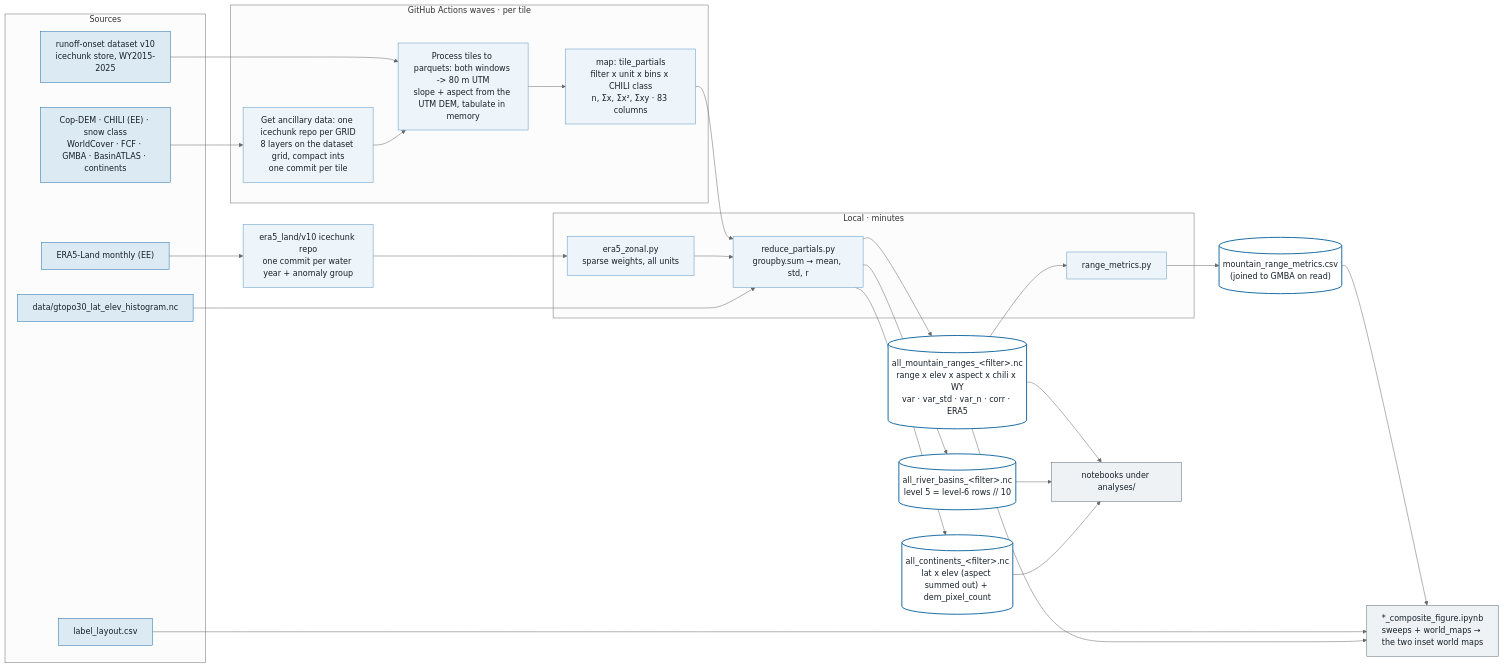
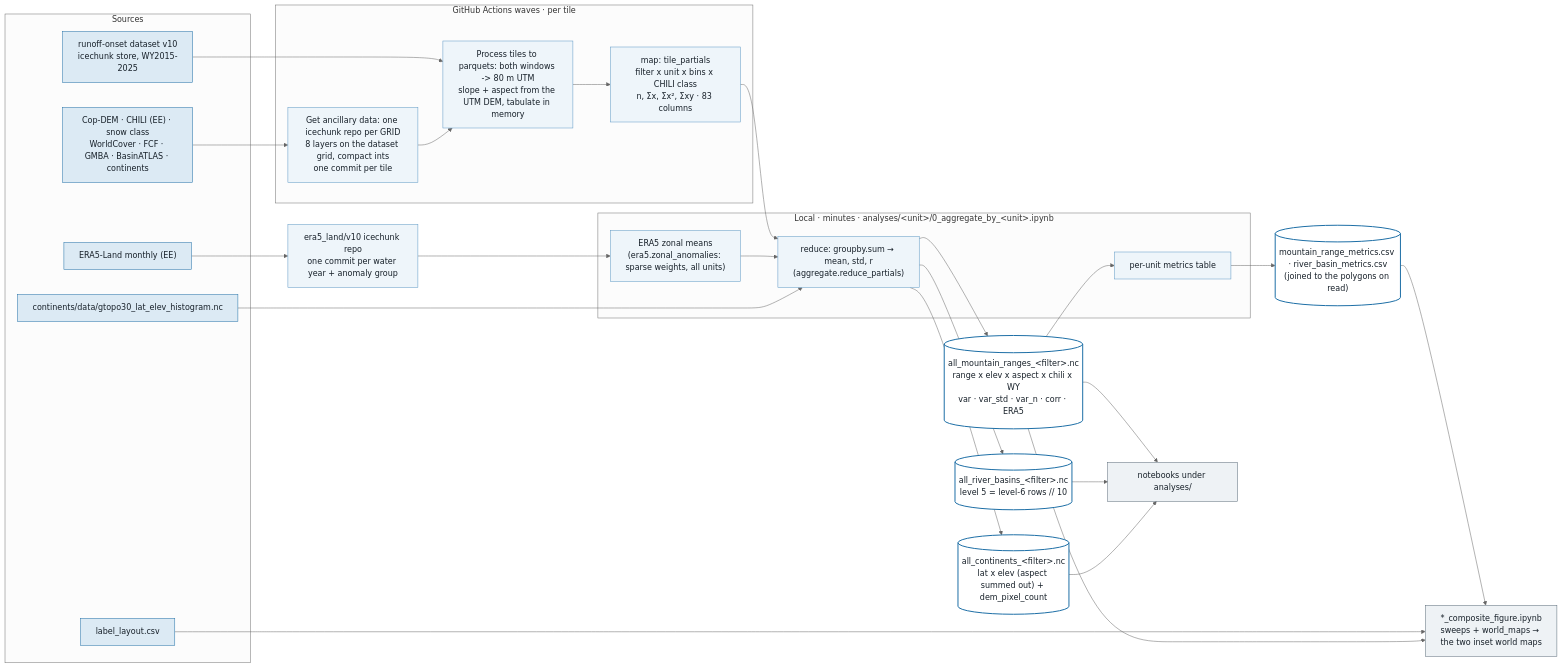
One commit to egagli/global_snowmelt_runoff_onset_analysis changed the second of 2 diagrams in docs/aggregation_lineage.md. Above: the diagram before and after it, drawn with Mermaid (neutral theme). The commit also changed other lines of this file and 89 other files, not shown here.

````diff
--- a/docs/aggregation_lineage.md
+++ b/docs/aggregation_lineage.md
@@ -56,40 +60,40 @@
 ```mermaid
 flowchart LR
   classDef src fill:#DCEAF4,stroke:#1E6FA6,color:#172029
   classDef mid fill:#EEF5FA,stroke:#5C97C4,color:#172029
   classDef out fill:#FFFFFF,stroke:#1E6FA6,color:#172029,stroke-width:2px
   classDef use fill:#EEF2F5,stroke:#5A6B78,color:#172029
   subgraph S["Sources"]
     ds["runoff-onset dataset v10<br/>icechunk store, WY2015-2025"]:::src
     anc["Cop-DEM · CHILI (EE) · snow class<br/>WorldCover · FCF · GMBA · BasinATLAS · continents"]:::src
     era["ERA5-Land monthly (EE)"]:::src
-    gt["data/gtopo30_lat_elev_histogram.nc"]:::src
+    gt["continents/data/gtopo30_lat_elev_histogram.nc"]:::src
     lay["label_layout.csv"]:::src
   end
   subgraph F["GitHub Actions waves · per tile"]
     a0["Get ancillary data: one icechunk repo per GRID<br/>8 layers on the dataset grid, compact ints<br/>one commit per tile"]:::mid
     a1["Process tiles to parquets: both windows -> 80 m UTM<br/>slope + aspect from the UTM DEM, tabulate in memory"]:::mid
     m["map: tile_partials<br/>filter x unit x bins x CHILI class<br/>n, Σx, Σx², Σxy · 83 columns"]:::mid
   end
-  subgraph L["Local · minutes"]
-    r["reduce_partials.py<br/>groupby.sum → mean, std, r"]:::mid
-    z["era5_zonal.py<br/>sparse weights, all units"]:::mid
-    k["range_metrics.py"]:::mid
+  subgraph L["Local · minutes · analyses/&lt;unit&gt;/0_aggregate_by_&lt;unit&gt;.ipynb"]
+    r["reduce: groupby.sum → mean, std, r<br/>(aggregate.reduce_partials)"]:::mid
+    z["ERA5 zonal means<br/>(era5.zonal_anomalies: sparse weights, all units)"]:::mid
+    k["per-unit metrics table"]:::mid
   end
   e1["era5_land/v10 icechunk repo<br/>one commit per water year + anomaly group"]:::mid
   cube[("all_mountain_ranges_&lt;filter&gt;.nc<br/>range x elev x aspect x chili x WY<br/>var · var_std · var_n · corr · ERA5")]:::out
   cubeb[("all_river_basins_&lt;filter&gt;.nc<br/>level 5 = level-6 rows // 10")]:::out
   cubec[("all_continents_&lt;filter&gt;.nc<br/>lat x elev (aspect summed out) + dem_pixel_count")]:::out
-  res[("mountain_range_metrics.csv<br/>(joined to GMBA on read)")]:::out
+  res[("mountain_range_metrics.csv · river_basin_metrics.csv<br/>(joined to the polygons on read)")]:::out
   nb["notebooks under analyses/"]:::use
   nb2["*_composite_figure.ipynb<br/>sweeps + world_maps → the two inset world maps"]:::use
   ds --> a1
   anc --> a0 --> a1 --> m --> r
   era --> e1 --> z --> r
   gt --> r
   r --> cube & cubeb & cubec
   cube --> k --> res --> nb2
   lay --> nb2
   cube & cubeb & cubec --> nb
   cube --> nb2
 ```
````
